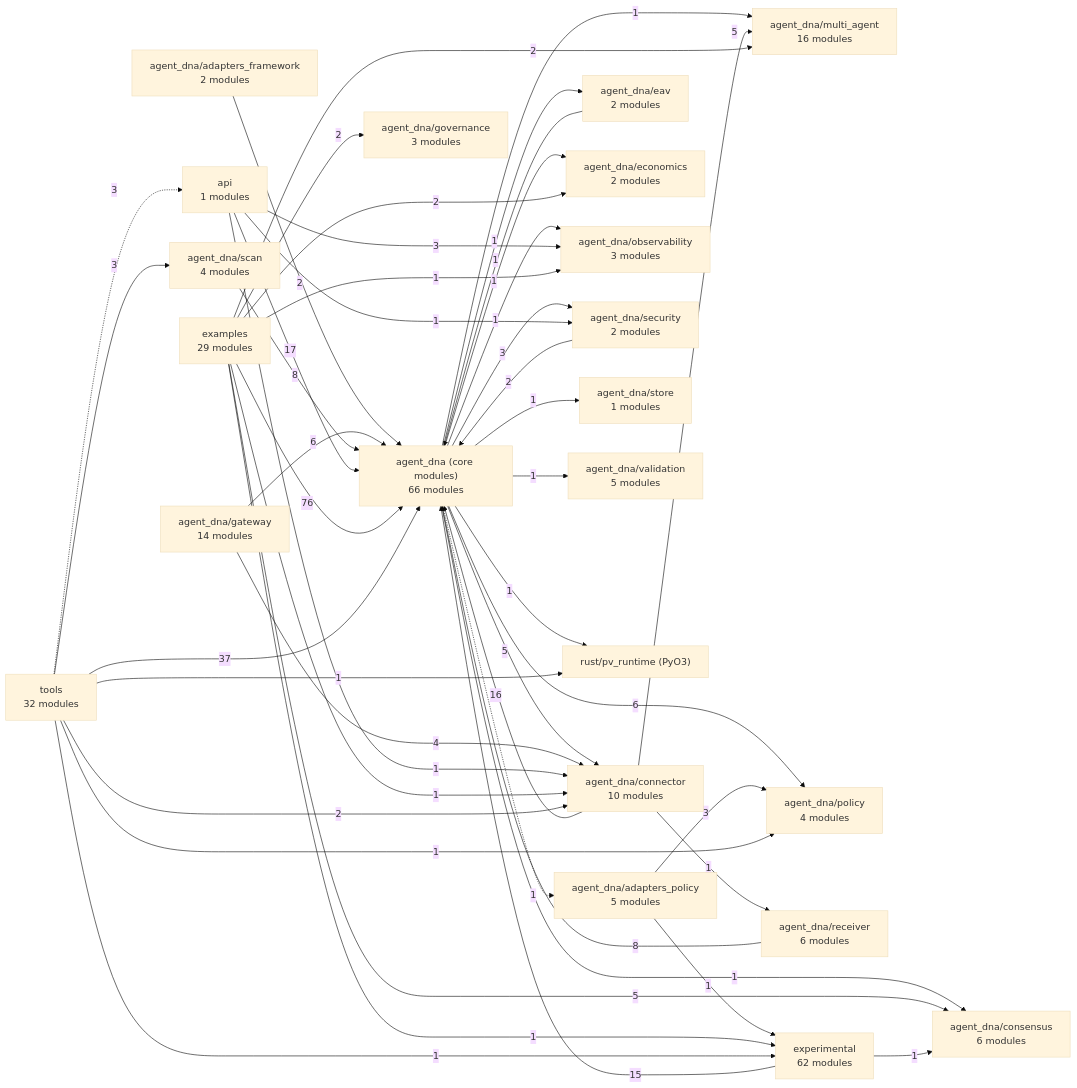
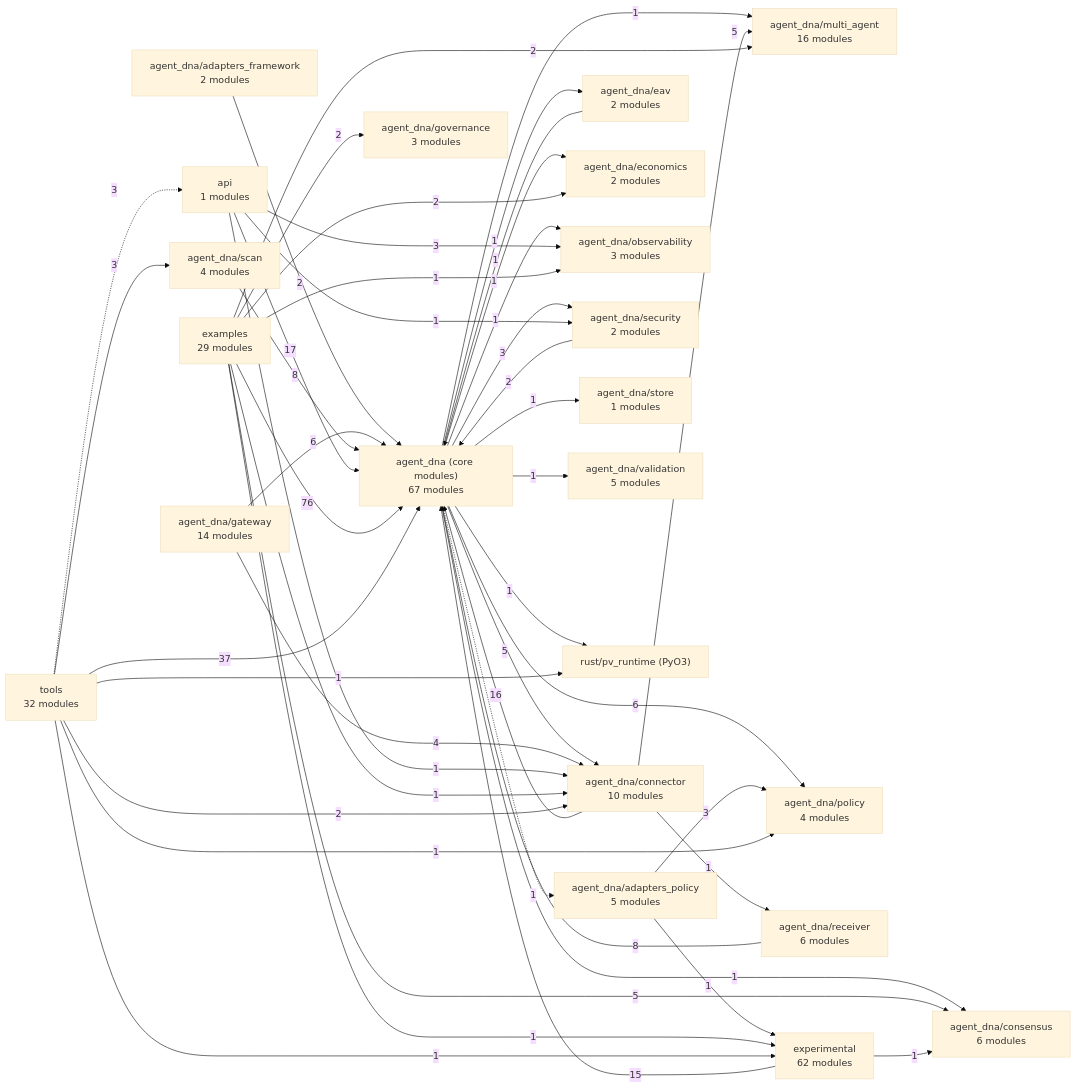
One commit to LOLA0786/privatevault-agent-dna changed the diagram in docs/architecture/MAP.md. Above: the diagram before and after it, drawn with Mermaid (base theme). The commit also changed other lines of this file and 14 other files, not shown here.

````diff
--- a/docs/architecture/MAP.md
+++ b/docs/architecture/MAP.md
@@ -7,70 +7,70 @@
 ```mermaid
 flowchart LR
-  n0["agent_dna (core modules)<br/>66 modules"]
+  n0["agent_dna (core modules)<br/>67 modules"]
   n1["agent_dna/adapters_framework<br/>2 modules"]
   n2["agent_dna/adapters_policy<br/>5 modules"]
   n3["agent_dna/connector<br/>10 modules"]
   n4["agent_dna/consensus<br/>6 modules"]
   n5["agent_dna/eav<br/>2 modules"]
   n6["agent_dna/economics<br/>2 modules"]
   n7["agent_dna/gateway<br/>14 modules"]
   n8["agent_dna/governance<br/>3 modules"]
   n9["agent_dna/multi_agent<br/>16 modules"]
   n10["agent_dna/observability<br/>3 modules"]
   n11["agent_dna/policy<br/>4 modules"]
   n12["agent_dna/receiver<br/>6 modules"]
   n13["agent_dna/scan<br/>4 modules"]
   n14["agent_dna/security<br/>2 modules"]
   n15["agent_dna/store<br/>1 modules"]
   n16["agent_dna/validation<br/>5 modules"]
   n17["api<br/>1 modules"]
   n18["examples<br/>29 modules"]
   n19["experimental<br/>62 modules"]
   n20["rust/pv_runtime (PyO3)"]
   n21["tools<br/>32 modules"]
   n0 -.->|1| n2
   n0 -->|5| n3
   n0 -->|1| n4
   n0 -->|1| n5
   n0 -->|1| n6
   n0 -->|1| n9
   n0 -->|1| n10
   n0 -->|6| n11
   n0 -->|3| n14
   n0 -->|1| n15
   n0 -->|1| n16
   n0 -->|1| n20
   n1 -->|2| n0
   n2 -->|3| n11
   n2 -->|1| n19
   n3 -->|16| n0
   n3 -->|5| n9
   n3 -->|1| n12
   n5 -->|1| n0
   n7 -->|6| n0
   n7 -->|4| n3
   n12 -->|8| n0
   n13 -->|8| n0
   n14 -->|2| n0
   n17 -->|17| n0
   n17 -->|1| n3
   n17 -->|3| n10
   n17 -->|1| n14
   n18 -->|76| n0
   n18 -->|1| n3
   n18 -->|5| n4
   n18 -->|2| n6
   n18 -->|2| n8
   n18 -->|2| n9
   n18 -->|1| n10
   n18 -->|1| n19
   n19 -->|15| n0
   n19 -->|1| n4
   n21 -->|37| n0
   n21 -->|2| n3
   n21 -->|1| n11
   n21 -->|3| n13
   n21 -.->|3| n17
   n21 -->|1| n19
   n21 -->|1| n20
 ```
````
